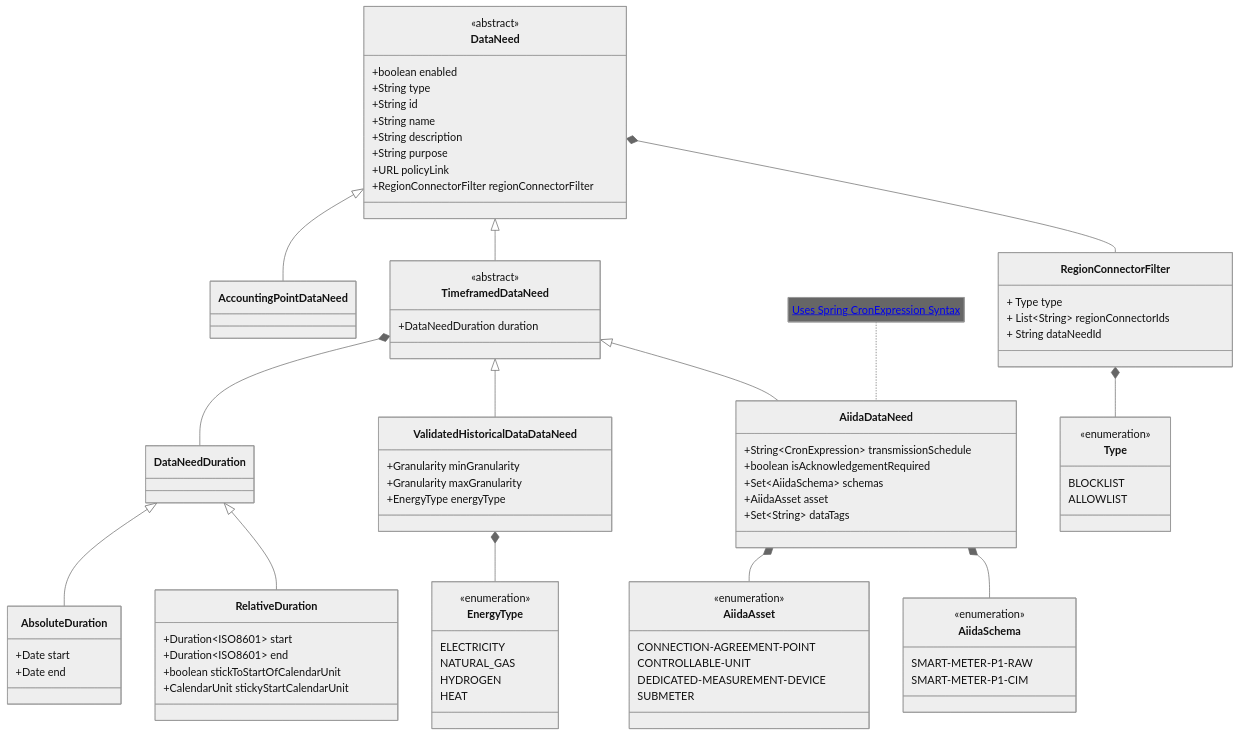
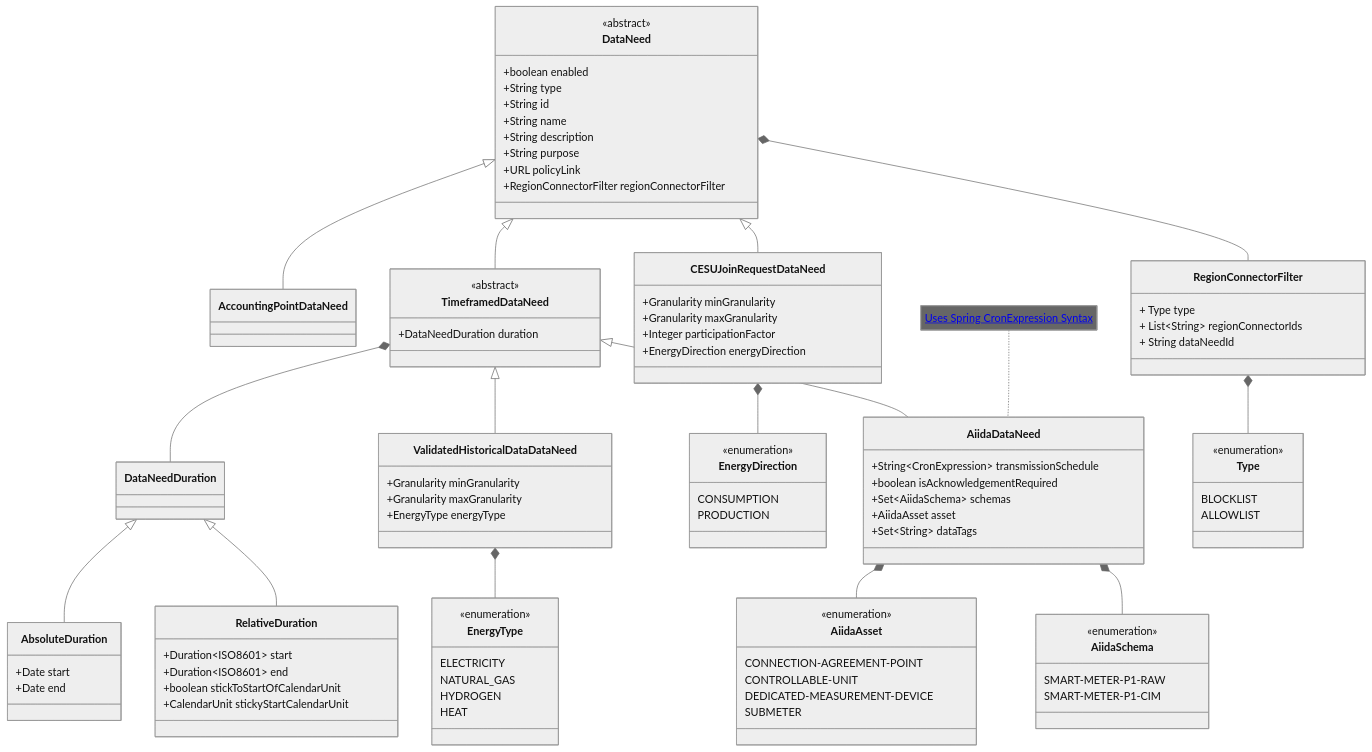
One commit to SimoneCognolato/eddie changed the diagram in data-needs/data-needs.mermaid. Above: the diagram before and after it, drawn with Mermaid (neutral theme). The commit also changed 1 other file, not shown here.

Commit message:
GH-2342 docs: Add documentation for CESUJoinRequestDataNeed

```diff
--- a/data-needs/data-needs.mermaid
+++ b/data-needs/data-needs.mermaid
@@ -1,95 +1,109 @@
 %% SPDX-FileCopyrightText: 2025 The EDDIE Developers <eddie.developers@fh-hagenberg.at>
 %% SPDX-License-Identifier: Apache-2.0
 classDiagram
     class DataNeed {
         <<abstract>>
         +boolean enabled
         +String type
         +String id
         +String name
         +String description
         +String purpose
         +URL policyLink
         +RegionConnectorFilter regionConnectorFilter
     }
 
     class AccountingPointDataNeed
 
     class TimeframedDataNeed {
         <<abstract>>
         +DataNeedDuration duration
     }
 
     class ValidatedHistoricalDataDataNeed {
         +Granularity minGranularity
         +Granularity maxGranularity
         +EnergyType energyType
     }
 
     class AiidaDataNeed {
         +String~CronExpression~ transmissionSchedule
         +boolean isAcknowledgementRequired
         +Set~AiidaSchema~ schemas
         +AiidaAsset asset
         +Set~String~ dataTags
     }
     note for AiidaDataNeed "<a href='https://docs.spring.io/spring-framework/docs/current/javadoc-api/org/springframework/scheduling/support/CronExpression.html'>Uses Spring CronExpression Syntax</a>"
+
+    class CESUJoinRequestDataNeed {
+        +Granularity minGranularity
+        +Granularity maxGranularity
+        +Integer participationFactor
+        +EnergyDirection energyDirection
+    }
+    class EnergyDirection {
+        <<enumeration>>
+        CONSUMPTION
+        PRODUCTION
+    }
 
     class EnergyType {
         <<enumeration>>
         ELECTRICITY
         NATURAL_GAS
         HYDROGEN
         HEAT
     }
 
     class AiidaSchema {
         <<enumeration>>
         SMART-METER-P1-RAW
         SMART-METER-P1-CIM
     }
 
     class AiidaAsset {
         <<enumeration>>
         CONNECTION-AGREEMENT-POINT
         CONTROLLABLE-UNIT
         DEDICATED-MEASUREMENT-DEVICE
         SUBMETER
     }
 
     class DataNeedDuration
 
     class RelativeDuration {
         +Duration~ISO8601~ start
         +Duration~ISO8601~ end
         +boolean stickToStartOfCalendarUnit
         +CalendarUnit stickyStartCalendarUnit
     }
 
     class AbsoluteDuration {
         +Date start
         +Date end
     }
     class RegionConnectorFilter {
         + Type type
         + List~String~ regionConnectorIds
         + String dataNeedId
     }
     class Type {
         <<enumeration>>
         BLOCKLIST
         ALLOWLIST
     }
 
     DataNeed <|-- AccountingPointDataNeed
     DataNeed <|-- TimeframedDataNeed
     TimeframedDataNeed *-- DataNeedDuration
     TimeframedDataNeed <|-- ValidatedHistoricalDataDataNeed
     ValidatedHistoricalDataDataNeed *-- EnergyType
     DataNeedDuration <|-- AbsoluteDuration
     DataNeedDuration <|-- RelativeDuration
     AiidaDataNeed *-- AiidaAsset
     AiidaDataNeed *-- AiidaSchema
     TimeframedDataNeed <|-- AiidaDataNeed
+    DataNeed <|-- CESUJoinRequestDataNeed
+    CESUJoinRequestDataNeed *-- EnergyDirection
     DataNeed *-- RegionConnectorFilter
     RegionConnectorFilter *-- Type
```
